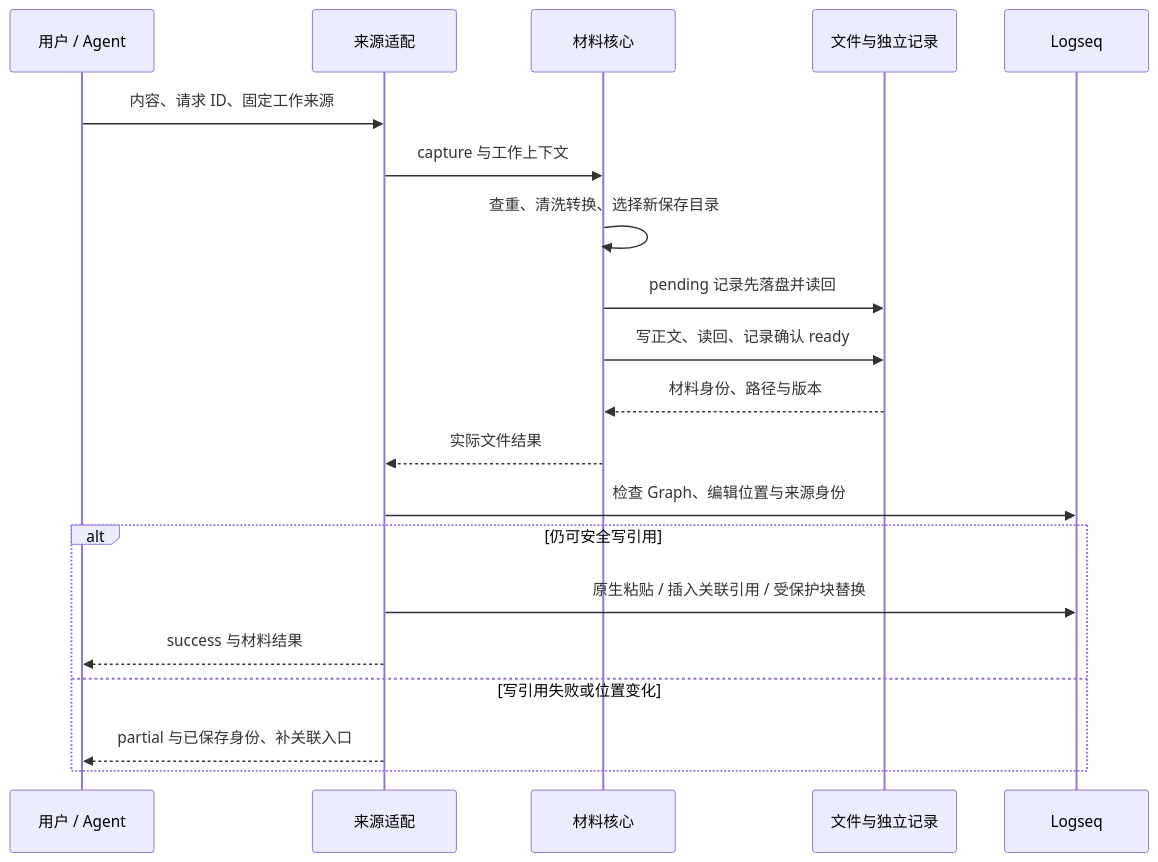
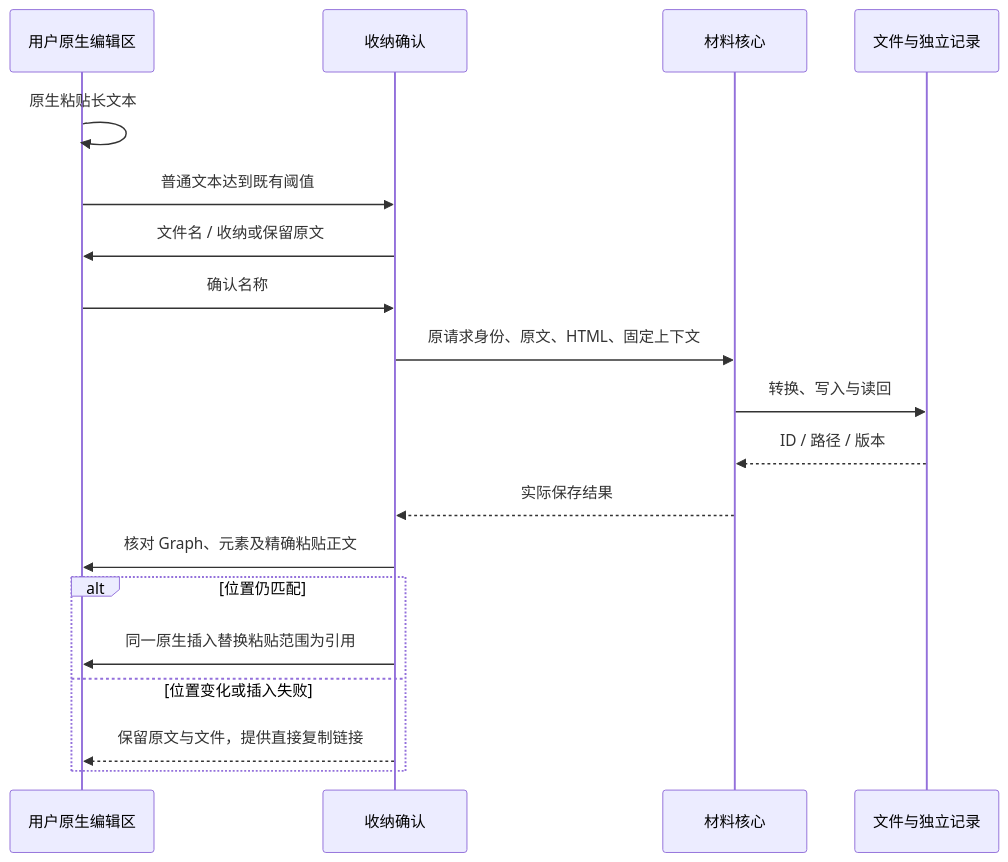
One commit to wrd233/logseq-task-manager changed the fourth of 5 diagrams in docs/architecture/materials-module-architecture.md. Above: the diagram before and after it, drawn with Mermaid. The commit also changed other lines of this file and 37 other files, not shown here.

````diff
--- a/docs/architecture/materials-module-architecture.md
+++ b/docs/architecture/materials-module-architecture.md
@@ -140,22 +91,21 @@
 ```mermaid
 sequenceDiagram
-  participant U as 用户 / Agent
-  participant A as 来源适配
+  participant U as 用户原生编辑区
+  participant P as 收纳确认
   participant S as 材料核心
   participant F as 文件与独立记录
-  participant G as Logseq
-  U->>A: 内容、请求 ID、固定工作来源
-  A->>S: capture 与工作上下文
-  S->>S: 查重、清洗转换、选择新保存目录
-  S->>F: pending 记录先落盘并读回
-  S->>F: 写正文、读回、记录确认 ready
-  F-->>S: 材料身份、路径与版本
-  S-->>A: 实际文件结果
-  A->>G: 检查 Graph、编辑位置与来源身份
-  alt 仍可安全写引用
-    A->>G: 原生粘贴 / 插入关联引用 / 受保护块替换
-    A-->>U: success 与材料结果
-  else 写引用失败或位置变化
-    A-->>U: partial 与已保存身份、补关联入口
+  U->>U: 原生粘贴长文本
+  U->>P: 普通文本达到既有阈值
+  P->>U: 文件名 / 收纳或保留原文
+  U->>P: 确认名称
+  P->>S: 原请求身份、原文、HTML、固定上下文
+  S->>F: 转换、写入与读回
+  F-->>S: ID / 路径 / 版本
+  S-->>P: 实际保存结果
+  P->>U: 核对 Graph、元素及精确粘贴正文
+  alt 位置仍匹配
+    P->>U: 同一原生插入替换粘贴范围为引用
+  else 位置变化或插入失败
+    P-->>U: 保留原文与文件，提供直接复制链接
   end
 ```
````
